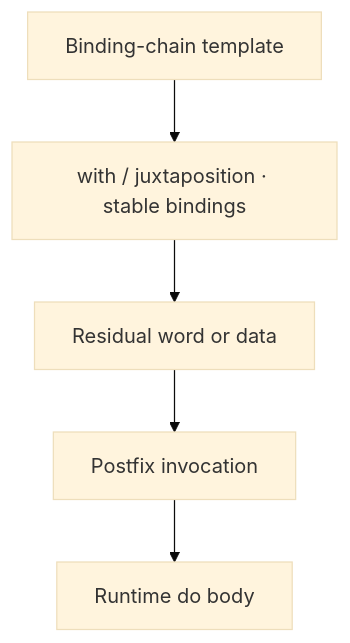
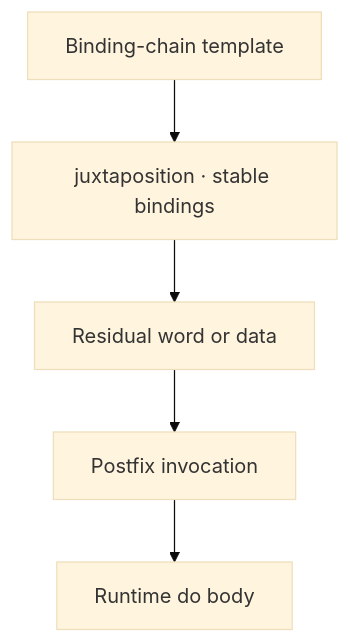
Before and after one commit to cperion/let: the first of 2 diagrams in let-language-specification.md, drawn with Mermaid (base theme). The commit also changed other lines of this file and 23 other files, not shown here.

```diff
--- a/let-language-specification.md
+++ b/let-language-specification.md
@@ -52,9 +52,9 @@
 ~~~mermaid
 flowchart TD
     Template["Binding-chain template"]
-    Stable["with / juxtaposition · stable bindings"]
+    Stable["juxtaposition · stable bindings"]
     Word["Residual word or data"]
     Call["Postfix invocation"]
     Runtime["Runtime do body"]
     Template --> Stable --> Word --> Call --> Runtime
 ~~~
```
